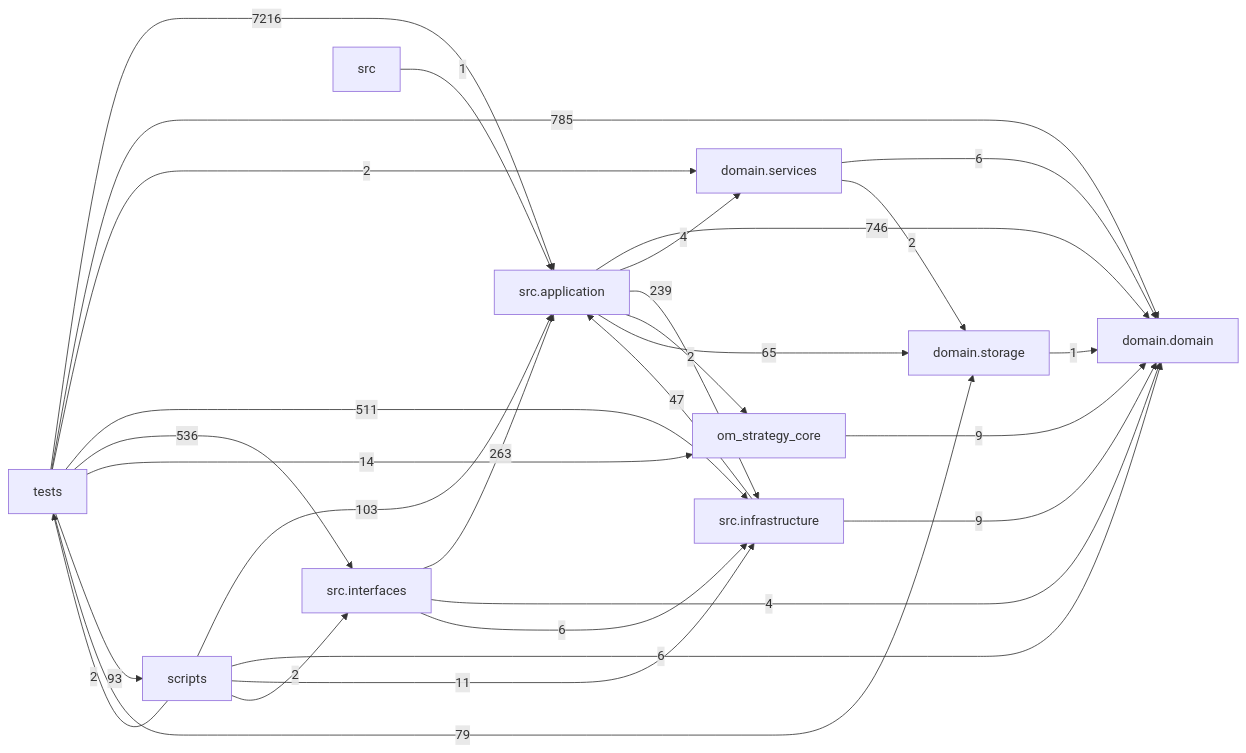
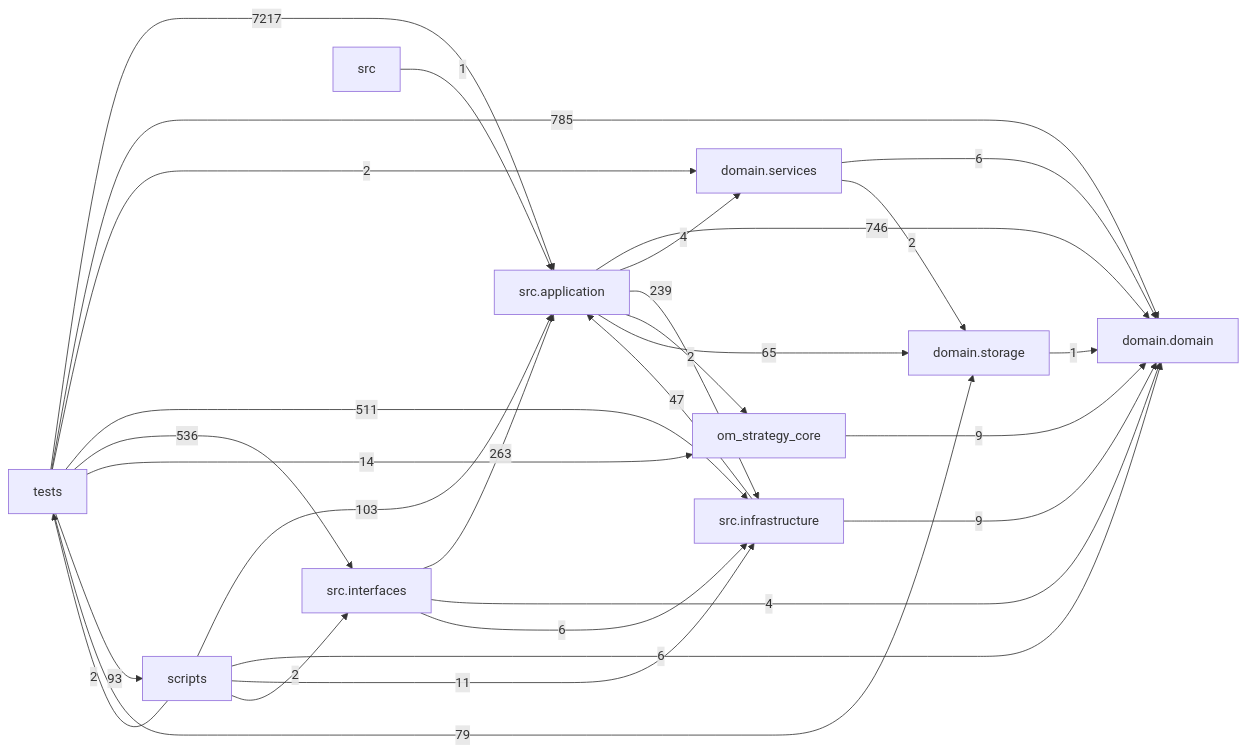
One commit to liuxie066/options-monitor changed the diagram in docs/DEPENDENCY_GRAPH.md. Above: the diagram before and after it, drawn with Mermaid. The commit also changed other lines of this file and 9 other files, not shown here.

````diff
--- a/docs/DEPENDENCY_GRAPH.md
+++ b/docs/DEPENDENCY_GRAPH.md
@@ -24,39 +24,39 @@
 ```mermaid
 flowchart LR
   tests["tests"]
   scripts["scripts"]
   interfaces["src.interfaces"]
   application["src.application"]
   infrastructure["src.infrastructure"]
   domain_services["domain.services"]
   domain["domain.domain"]
   storage["domain.storage"]
   application -->|746| domain
   application -->|4| domain_services
   application -->|239| infrastructure
   application -->|2| om_strategy_core
   application -->|65| storage
   domain_services -->|6| domain
   domain_services -->|2| storage
   infrastructure -->|47| application
   infrastructure -->|9| domain
   interfaces -->|263| application
   interfaces -->|4| domain
   interfaces -->|6| infrastructure
   om_strategy_core -->|9| domain
   scripts -->|103| application
   scripts -->|6| domain
   scripts -->|11| infrastructure
   scripts -->|2| interfaces
   scripts -->|2| tests
   src -->|1| application
   storage -->|1| domain
-  tests -->|7216| application
+  tests -->|7217| application
   tests -->|785| domain
   tests -->|2| domain_services
   tests -->|511| infrastructure
   tests -->|536| interfaces
   tests -->|14| om_strategy_core
   tests -->|93| scripts
   tests -->|79| storage
 ```
````
